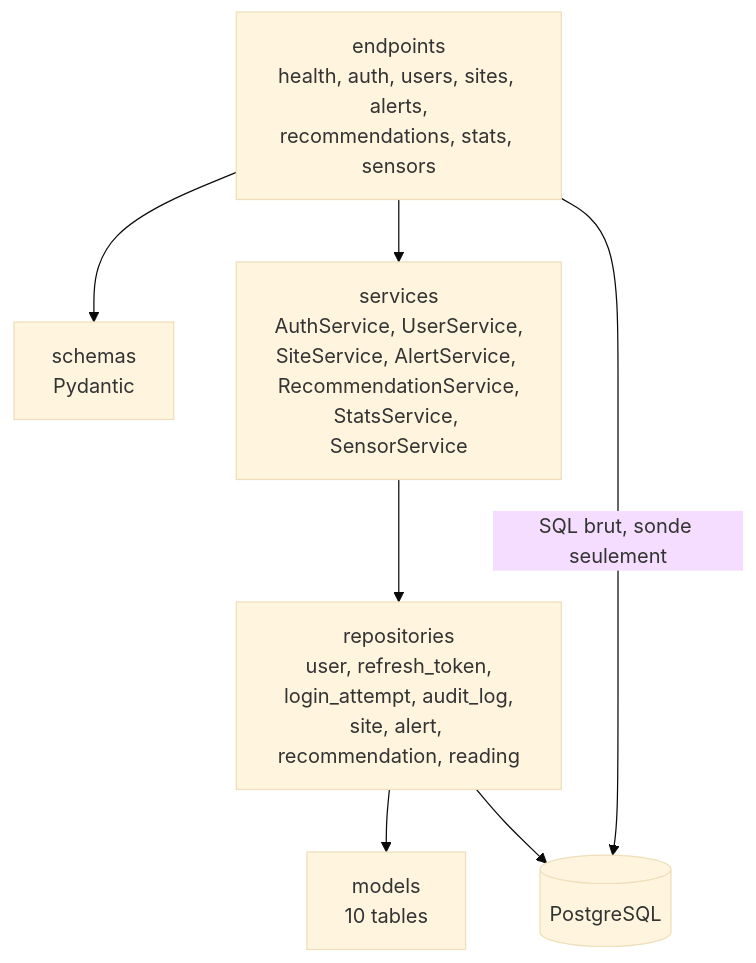
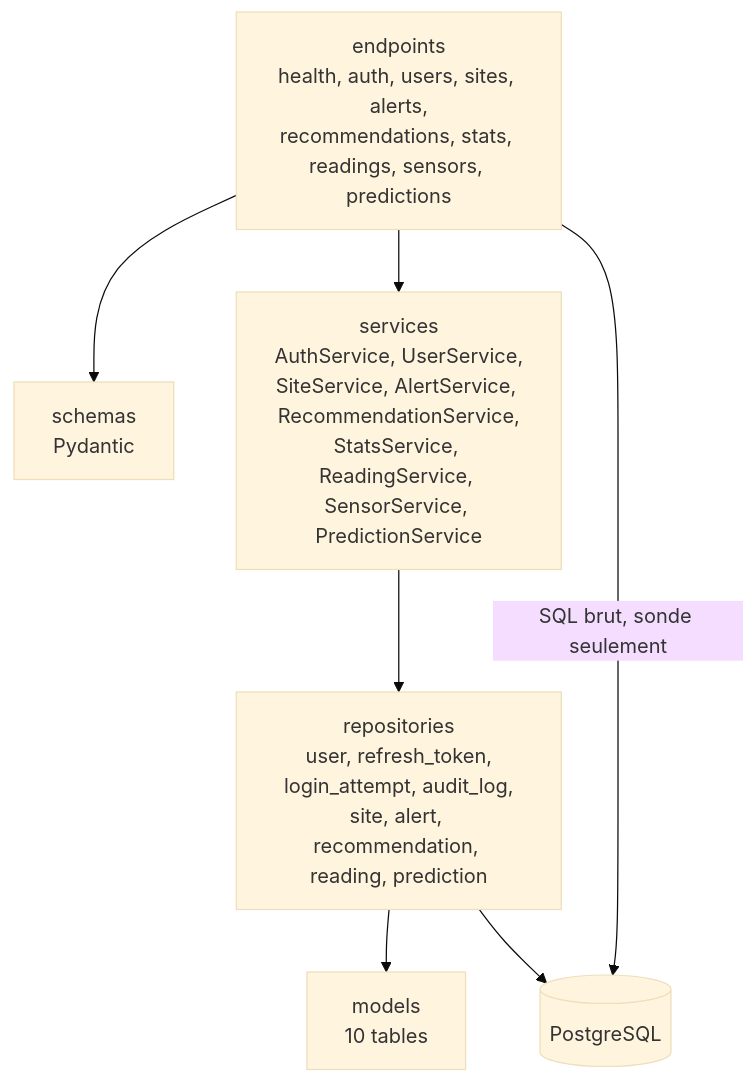
The first of 3 diagrams in docs/architecture/20-backend.md (ineszang/ProjetPiscine_EnerVision), drawn with Mermaid (base theme) before and after one commit. The commit also changed other lines of this file and 20 other files, not shown here.

Commit message:
feat(ml,backend): implemente le service de scoring et GET /predictions (#37)

````diff
--- a/docs/architecture/20-backend.md
+++ b/docs/architecture/20-backend.md
@@ -13,16 +13,16 @@
 ```mermaid
 flowchart TB
-  ep["endpoints<br/>health, auth, users, sites, alerts,<br/>recommendations, stats, sensors"]
+  ep["endpoints<br/>health, auth, users, sites, alerts,<br/>recommendations, stats, readings, sensors, predictions"]
   sc["schemas<br/>Pydantic"]
-  sv["services<br/>AuthService, UserService,<br/>SiteService, AlertService, RecommendationService,<br/>StatsService, SensorService"]
-  rp["repositories<br/>user, refresh_token,<br/>login_attempt, audit_log,<br/>site, alert, recommendation, reading"]
+  sv["services<br/>AuthService, UserService,<br/>SiteService, AlertService, RecommendationService,<br/>StatsService, ReadingService, SensorService, PredictionService"]
+  rp["repositories<br/>user, refresh_token,<br/>login_attempt, audit_log,<br/>site, alert, recommendation, reading, prediction"]
   md["models<br/>10 tables"]
   db[("PostgreSQL")]
 
   ep --> sc
   ep --> sv
   sv --> rp
   rp --> md
   ep -->|"SQL brut, sonde seulement"| db
   rp --> db
 ```
````
